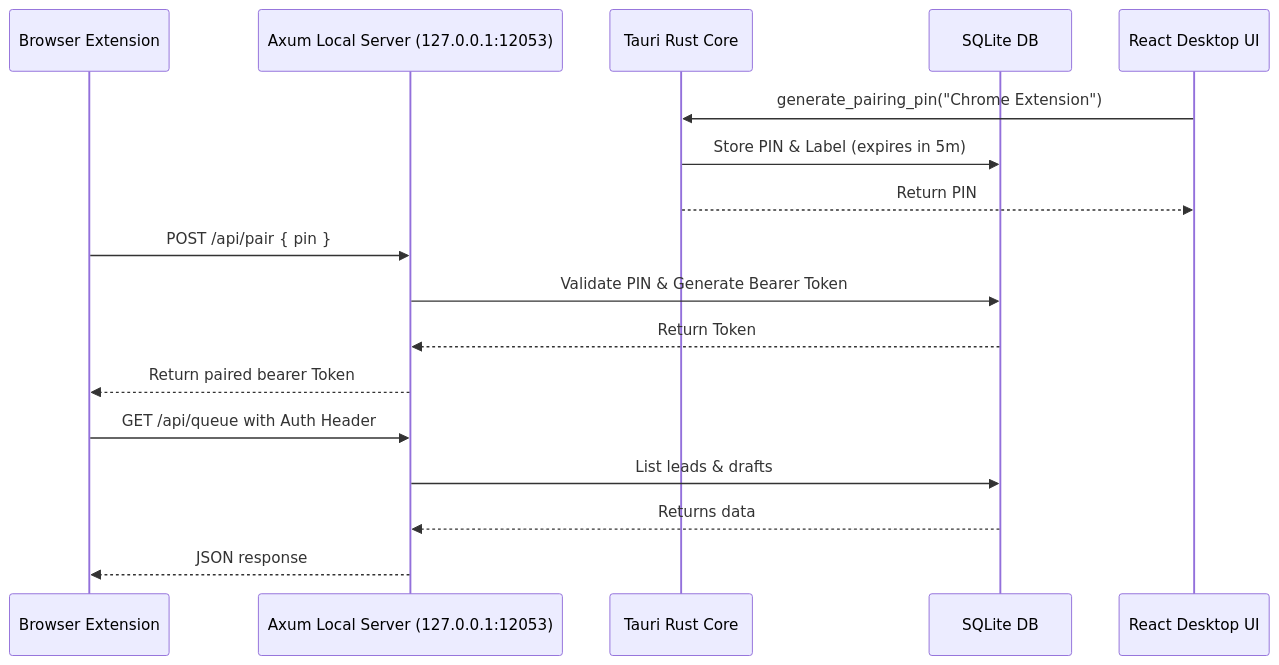
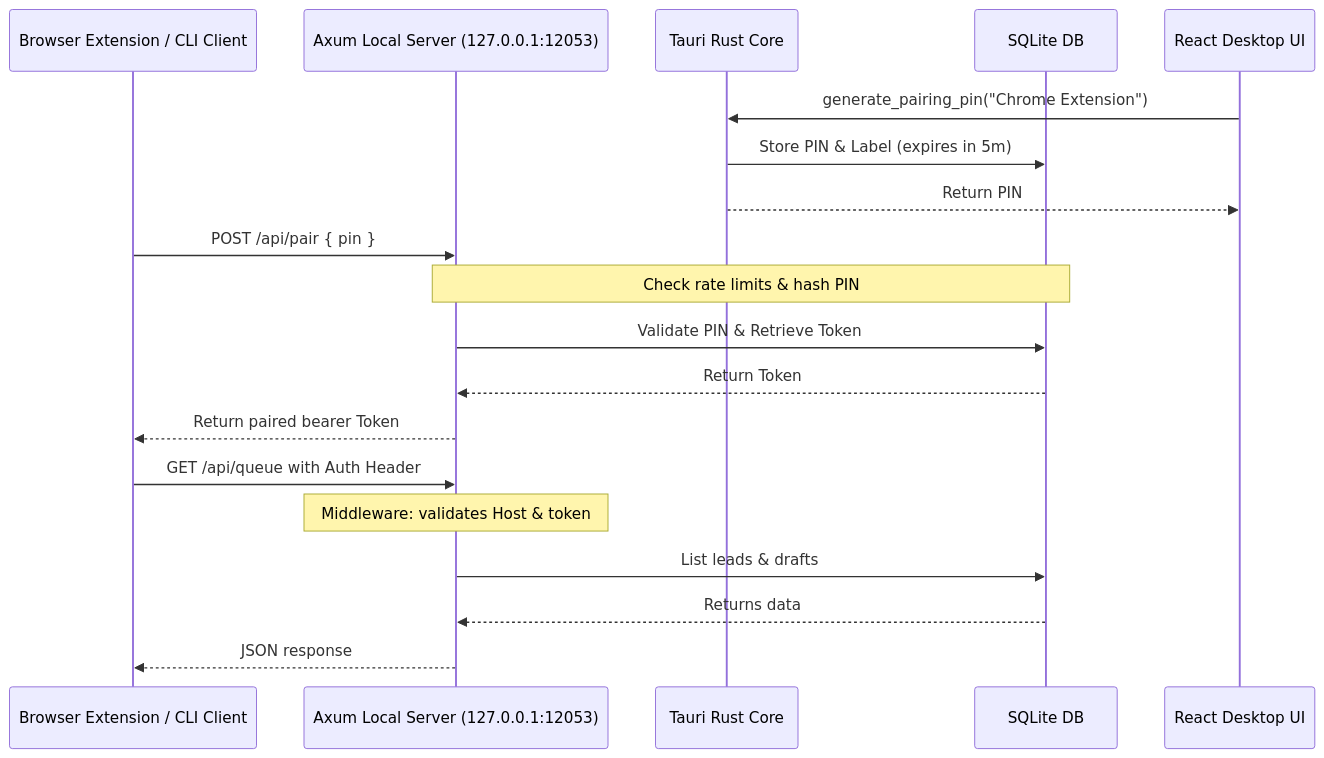
One commit to scottconverse/CivicNewspaper changed the diagram in docs/architecture.md. Above: the diagram before and after it, drawn with Mermaid. The commit also changed other lines of this file and 4 other files, not shown here.

Commit message:
docs: align documentation with v0.2-phase-1 architecture and features

````diff
--- a/docs/architecture.md
+++ b/docs/architecture.md
@@ -12,23 +12,25 @@
 ```mermaid
 sequenceDiagram
-    participant Browser as Browser Extension
+    participant Browser as Browser Extension / CLI Client
     participant Axum as Axum Local Server (127.0.0.1:12053)
     participant Rust as Tauri Rust Core
     participant DB as SQLite DB
     participant UI as React Desktop UI
     
     %% Pairing Flow
     UI->>Rust: generate_pairing_pin("Chrome Extension")
     Rust->>DB: Store PIN & Label (expires in 5m)
     Rust-->>UI: Return PIN
     Browser->>Axum: POST /api/pair { pin }
-    Axum->>DB: Validate PIN & Generate Bearer Token
+    Note over Axum,DB: Check rate limits & hash PIN
+    Axum->>DB: Validate PIN & Retrieve Token
     DB-->>Axum: Return Token
     Axum-->>Browser: Return paired bearer Token
     
     %% Ingest Flow
     Browser->>Axum: GET /api/queue with Auth Header
+    Note over Axum: Middleware: validates Host & token
     Axum->>DB: List leads & drafts
     DB-->>Axum: Returns data
     Axum-->>Browser: JSON response
 ```
````
